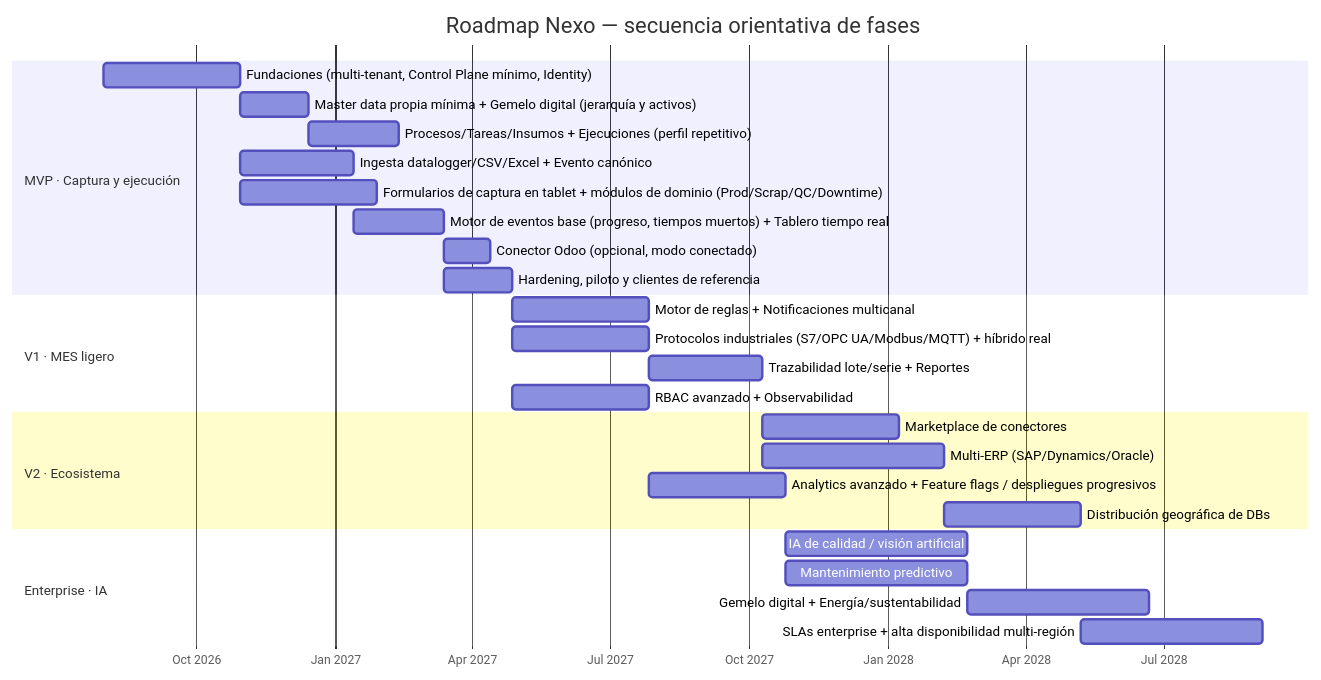
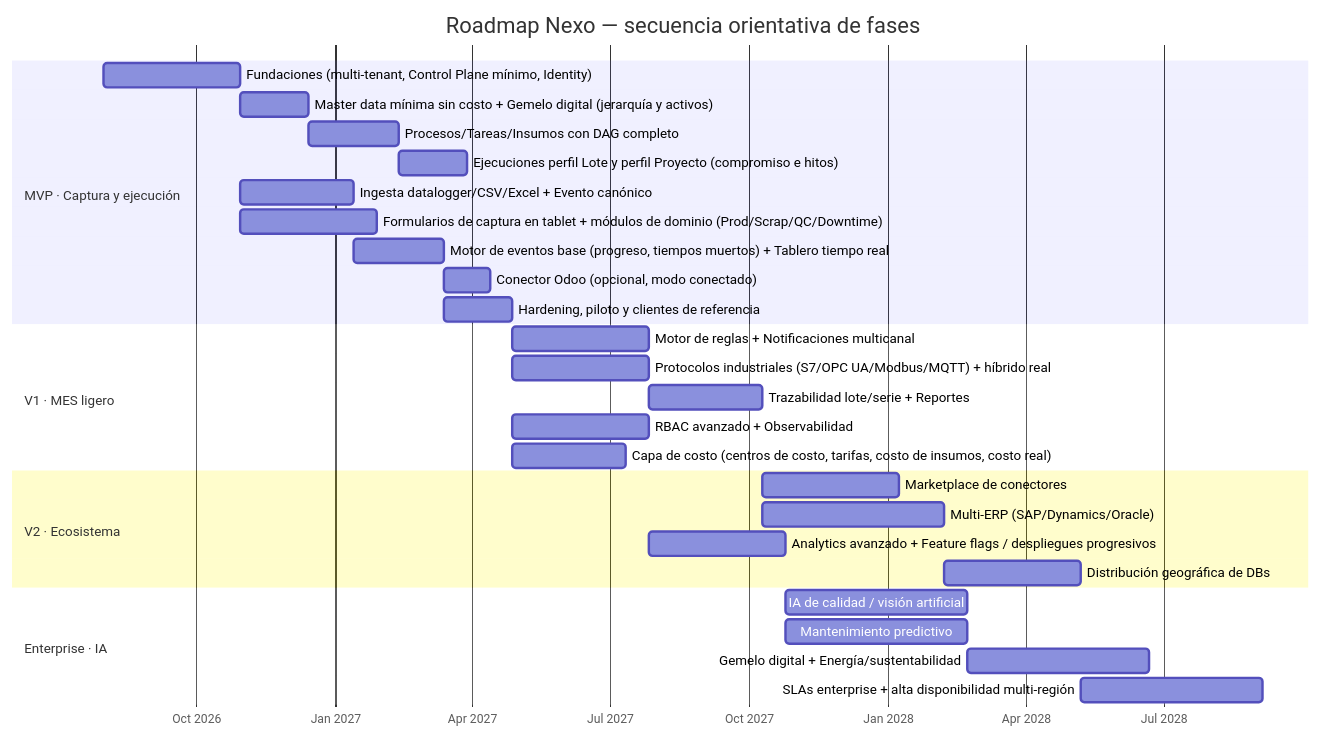
Before and after one commit to buttiepedro/mes: the first of 2 diagrams in docs/specs/roadmap/roadmap.md, drawn with Mermaid. The commit also changed other lines of this file and 17 other files, not shown here.

````diff
--- a/docs/specs/roadmap/roadmap.md
+++ b/docs/specs/roadmap/roadmap.md
@@ -37,34 +45,36 @@
 ```mermaid
 gantt
     title Roadmap Nexo — secuencia orientativa de fases
     dateFormat  YYYY-MM-DD
     axisFormat  %b %Y
 
     section MVP · Captura y ejecución
     Fundaciones (multi-tenant, Control Plane mínimo, Identity)   :mvp1, 2026-08-01, 90d
-    Master data propia mínima + Gemelo digital (jerarquía y activos) :mvp1b, after mvp1, 45d
-    Procesos/Tareas/Insumos + Ejecuciones (perfil repetitivo)    :mvp1c, after mvp1b, 60d
+    Master data mínima sin costo + Gemelo digital (jerarquía y activos) :mvp1b, after mvp1, 45d
+    Procesos/Tareas/Insumos con DAG completo                     :mvp1c, after mvp1b, 60d
+    Ejecuciones perfil Lote y perfil Proyecto (compromiso e hitos) :mvp1d, after mvp1c, 45d
     Ingesta datalogger/CSV/Excel + Evento canónico               :mvp2, after mvp1, 75d
     Formularios de captura en tablet + módulos de dominio (Prod/Scrap/QC/Downtime) :mvp3, after mvp1, 90d
     Motor de eventos base (progreso, tiempos muertos) + Tablero tiempo real :mvp4, after mvp2, 60d
     Conector Odoo (opcional, modo conectado)                     :mvp4b, after mvp4, 30d
     Hardening, piloto y clientes de referencia                   :mvp5, after mvp4, 45d
 
     section V1 · MES ligero
     Motor de reglas + Notificaciones multicanal                  :v1a, after mvp5, 90d
     Protocolos industriales (S7/OPC UA/Modbus/MQTT) + híbrido real :v1b, after mvp5, 90d
     Trazabilidad lote/serie + Reportes                           :v1c, after v1a, 75d
     RBAC avanzado + Observabilidad                               :v1d, after mvp5, 90d
+    Capa de costo (centros de costo, tarifas, costo de insumos, costo real) :v1e, after mvp5, 75d
 
     section V2 · Ecosistema
     Marketplace de conectores                                    :v2a, after v1c, 90d
     Multi-ERP (SAP/Dynamics/Oracle)                              :v2b, after v1c, 120d
     Analytics avanzado + Feature flags / despliegues progresivos :v2c, after v1d, 90d
     Distribución geográfica de DBs                               :v2d, after v2b, 90d
 
     section Enterprise · IA
     IA de calidad / visión artificial                            :ent1, after v2c, 120d
     Mantenimiento predictivo                                     :ent2, after v2c, 120d
     Gemelo digital + Energía/sustentabilidad                     :ent3, after ent1, 120d
     SLAs enterprise + alta disponibilidad multi-región           :ent4, after v2d, 120d
 ```
````
